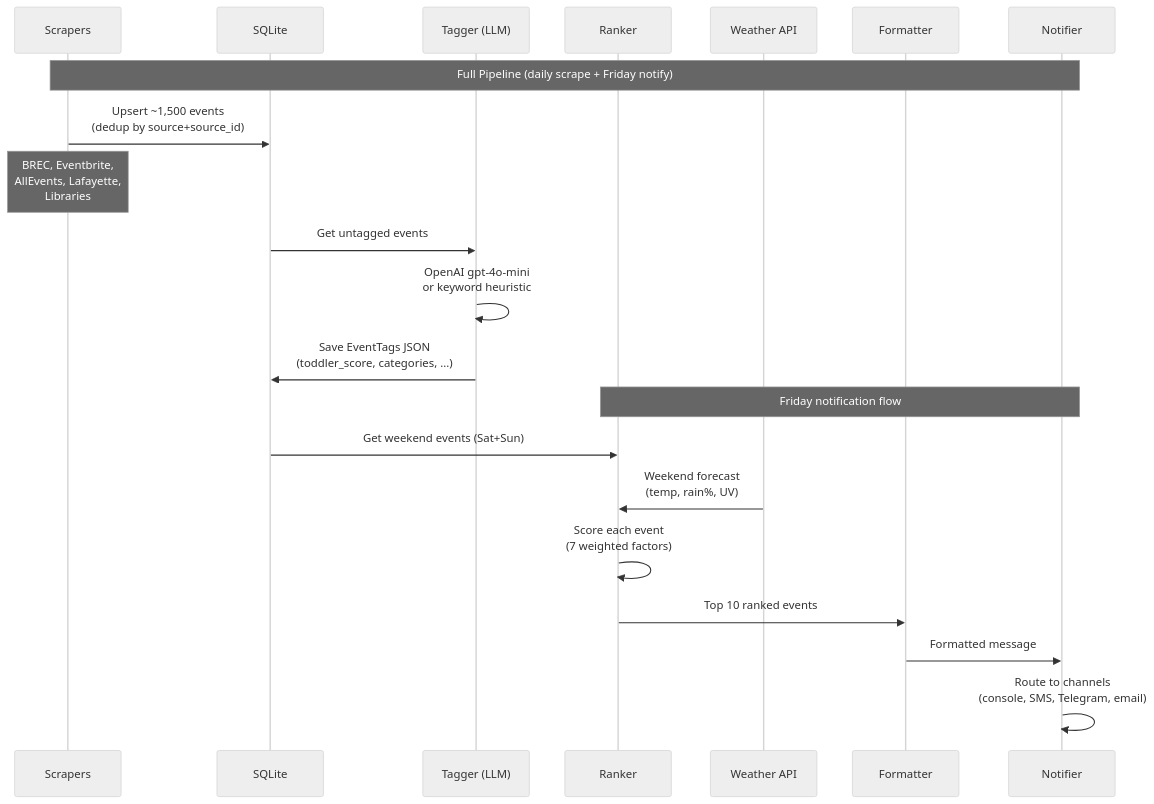
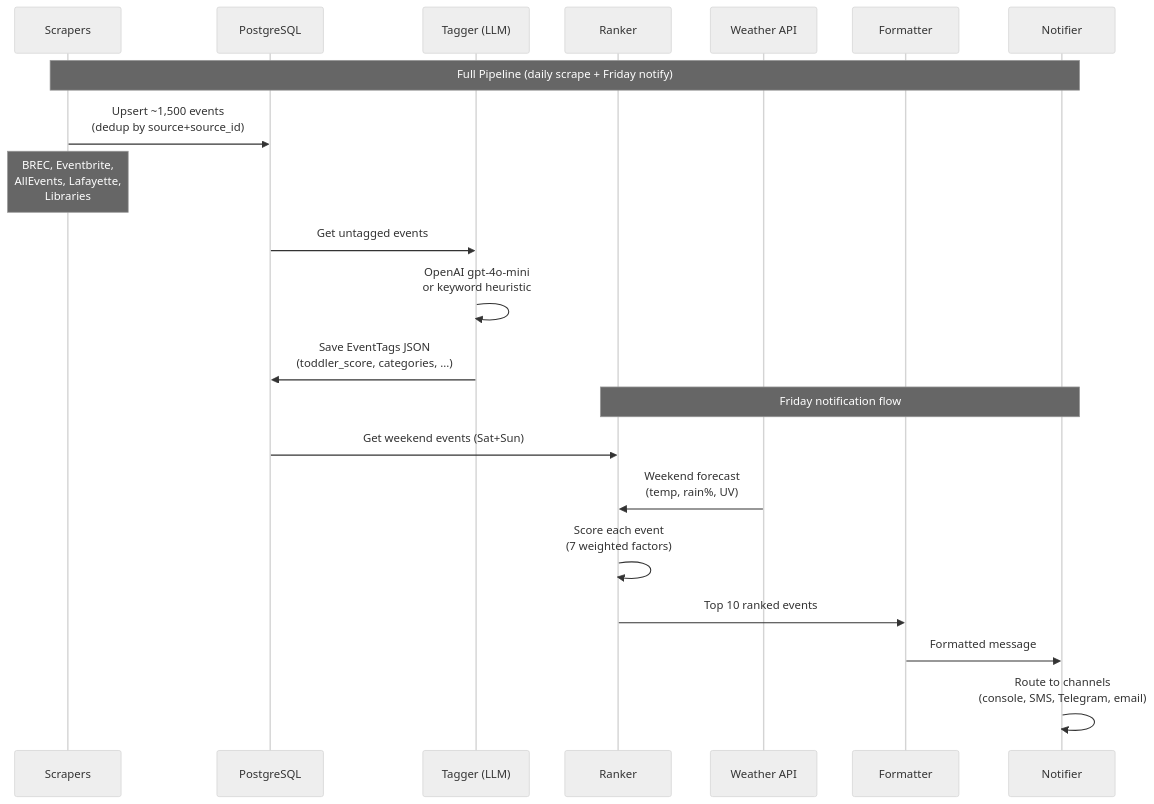
One commit to HexSleeves/family-events changed the second of 7 diagrams in docs/architecture.md. Above: the diagram before and after it, drawn with Mermaid (neutral theme). The commit also changed other lines of this file and 3 other files, not shown here.

Commit message:
Refresh docs for Postgres-first architecture

````diff
--- a/docs/architecture.md
+++ b/docs/architecture.md
@@ -55,28 +55,28 @@
 ```mermaid
 sequenceDiagram
     participant S as Scrapers
-    participant DB as SQLite
+    participant DB as PostgreSQL
     participant T as Tagger (LLM)
     participant R as Ranker
     participant W as Weather API
     participant F as Formatter
     participant N as Notifier
 
     Note over S,N: Full Pipeline (daily scrape + Friday notify)
 
     S->>DB: Upsert ~1,500 events<br/>(dedup by source+source_id)
     Note over S: BREC, Eventbrite,<br/>AllEvents, Lafayette,<br/>Libraries
 
     DB->>T: Get untagged events
     T->>T: OpenAI gpt-4o-mini<br/>or keyword heuristic
     T->>DB: Save EventTags JSON<br/>(toddler_score, categories, ...)
 
     Note over R,N: Friday notification flow
 
     DB->>R: Get weekend events (Sat+Sun)
     W->>R: Weekend forecast<br/>(temp, rain%, UV)
     R->>R: Score each event<br/>(7 weighted factors)
     R->>F: Top 10 ranked events
     F->>N: Formatted message
     N->>N: Route to channels<br/>(console, SMS, Telegram, email)
 ```
````
